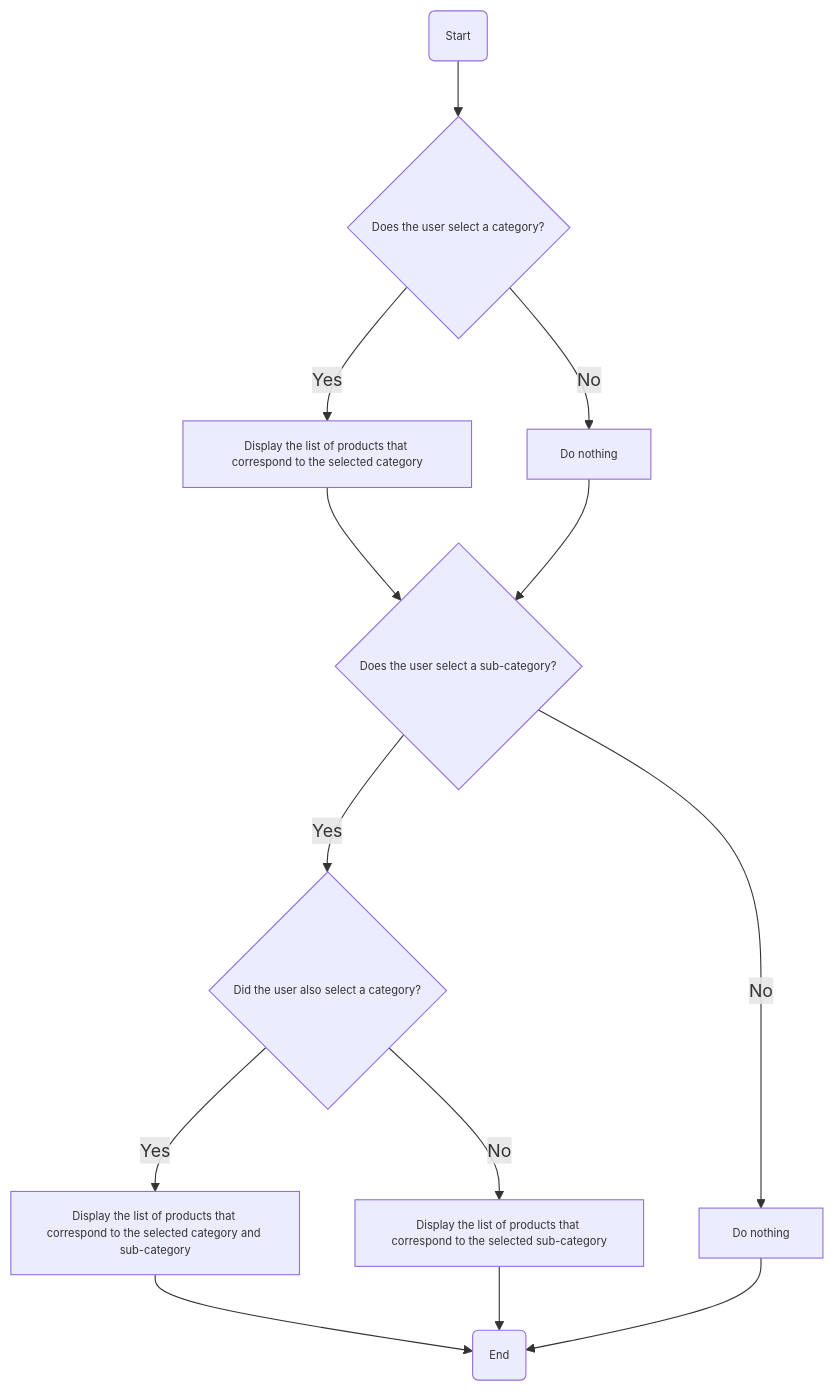
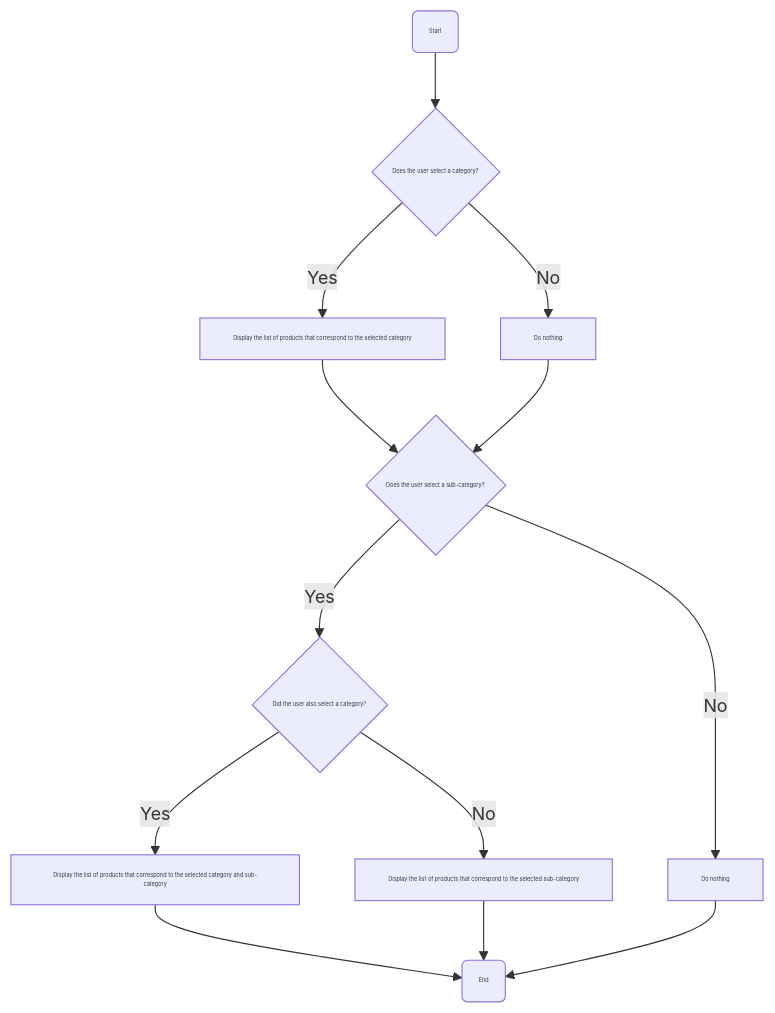
The ninth of 11 diagrams in Documents/Technical/technical_specifications.md (algosup/2024-2025-project-5-bubble-intermarche-team-2), drawn with Mermaid before and after one commit. The commit also changed other lines of this file, not shown here.

````diff
--- a/Documents/Technical/technical_specifications.md
+++ b/Documents/Technical/technical_specifications.md
@@ -444,16 +444,16 @@
 ```mermaid
 graph TD
     A(Start) --> B{Does the user select a category?}
     B -->|Yes| C[Display the list of products that correspond to the selected category]
     B -->|No| D[Do nothing]
     C --> E{Does the user select a sub-category?}
     D --> E
     E -->|Yes| F{Did the user also select a category?}
     F -->|Yes| G[Display the list of products that correspond to the selected category and sub-category]
     G --> J(End)
     F -->|No| H[Display the list of products that correspond to the selected sub-category]
     H --> J
     E -->|No| I[Do nothing]
     I --> J
-    classDef default font-size:10px;
+    classDef default font-size:5px;
 ```
````
